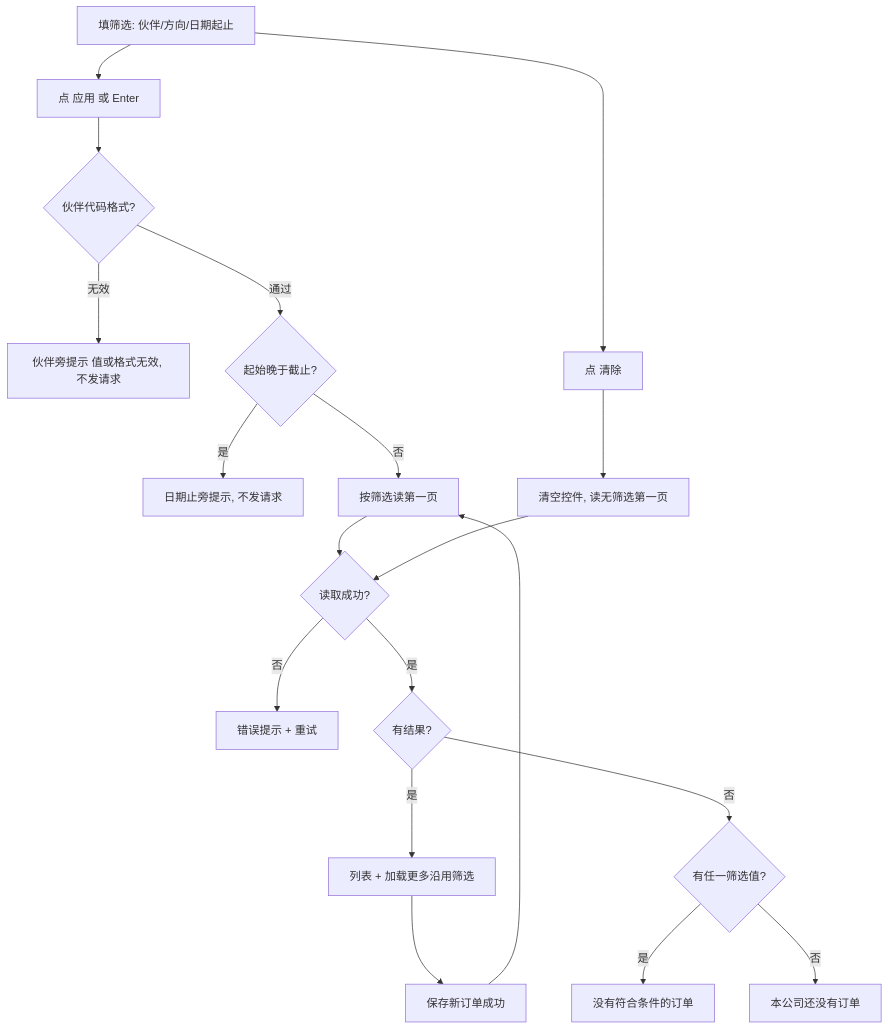
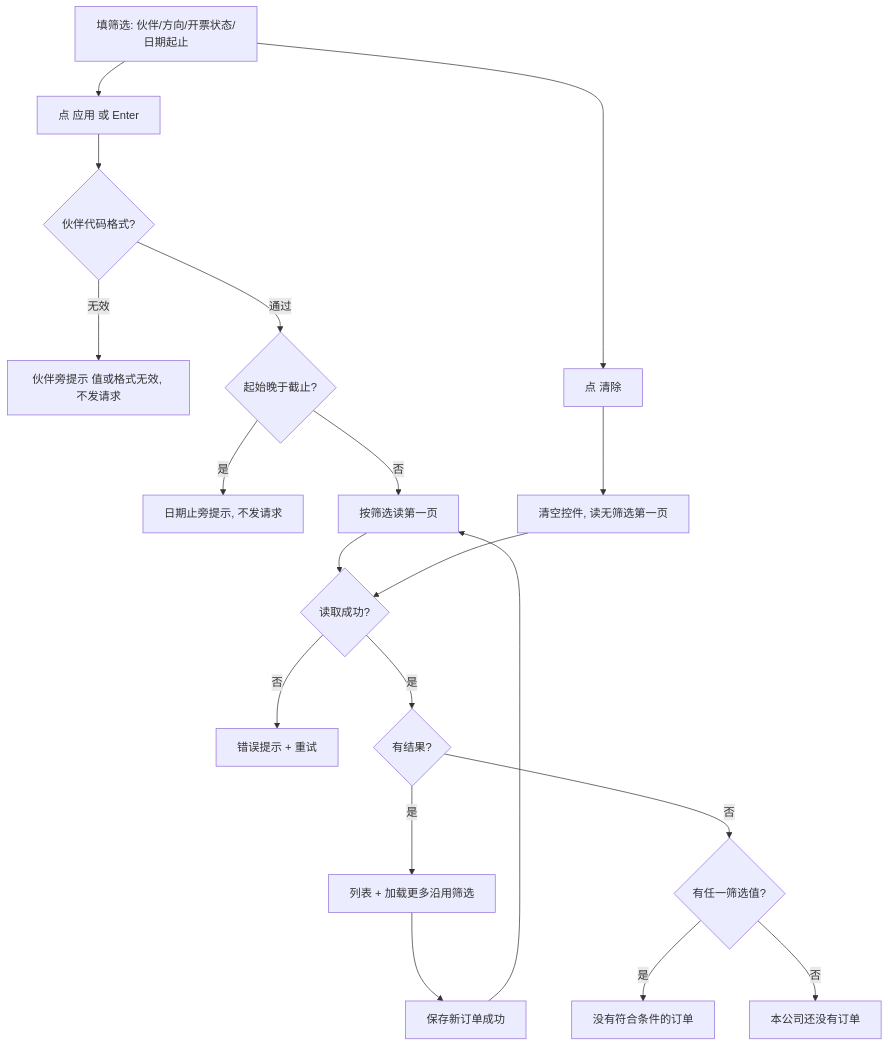
Before and after one commit to lingshf/ai-native-erp: the fourth of 4 diagrams in docs/flows/trade-order-flow.md, drawn with Mermaid. The commit also changed 19 other files, not shown here.

````diff
--- a/docs/flows/trade-order-flow.md
+++ b/docs/flows/trade-order-flow.md
@@ -69,21 +69,21 @@
 ```mermaid
 flowchart TD
-  A[填筛选: 伙伴/方向/日期起止] --> B[点 应用 或 Enter]
+  A[填筛选: 伙伴/方向/开票状态/日期起止] --> B[点 应用 或 Enter]
   B --> C{伙伴代码格式?}
   C -- 无效 --> D[伙伴旁提示 值或格式无效, 不发请求]
   C -- 通过 --> E{起始晚于截止?}
   E -- 是 --> F[日期止旁提示, 不发请求]
   E -- 否 --> G[按筛选读第一页]
   G --> X{读取成功?}
   X -- 否 --> Y[错误提示 + 重试]
   X -- 是 --> H{有结果?}
   H -- 是 --> J[列表 + 加载更多沿用筛选]
   H -- 否 --> N{有任一筛选值?}
   N -- 是 --> I[没有符合条件的订单]
   N -- 否 --> Z[本公司还没有订单]
   A --> K[点 清除]
   K --> L[清空控件, 读无筛选第一页]
   L --> X
   J --> M[保存新订单成功]
   M --> G
 ```
````
